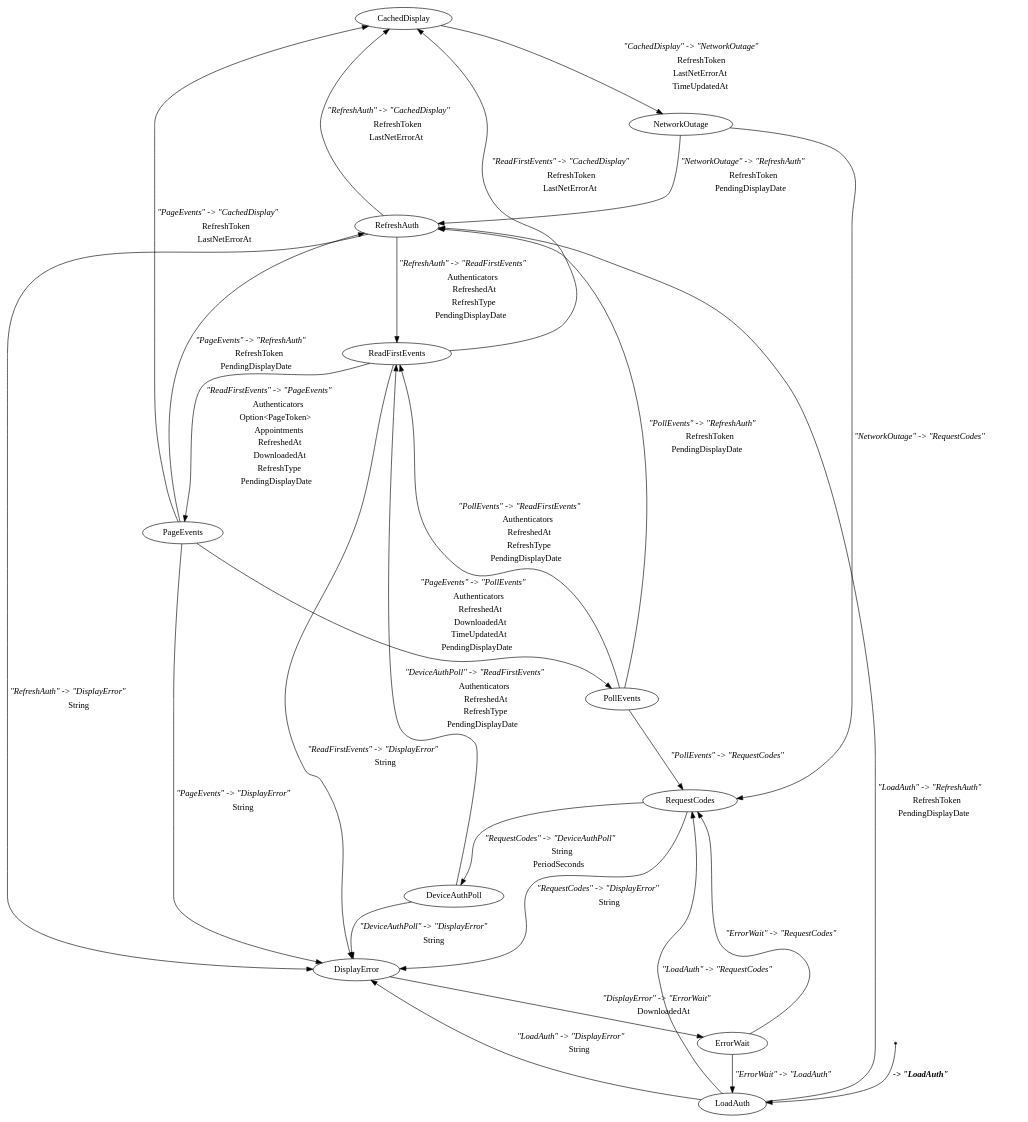
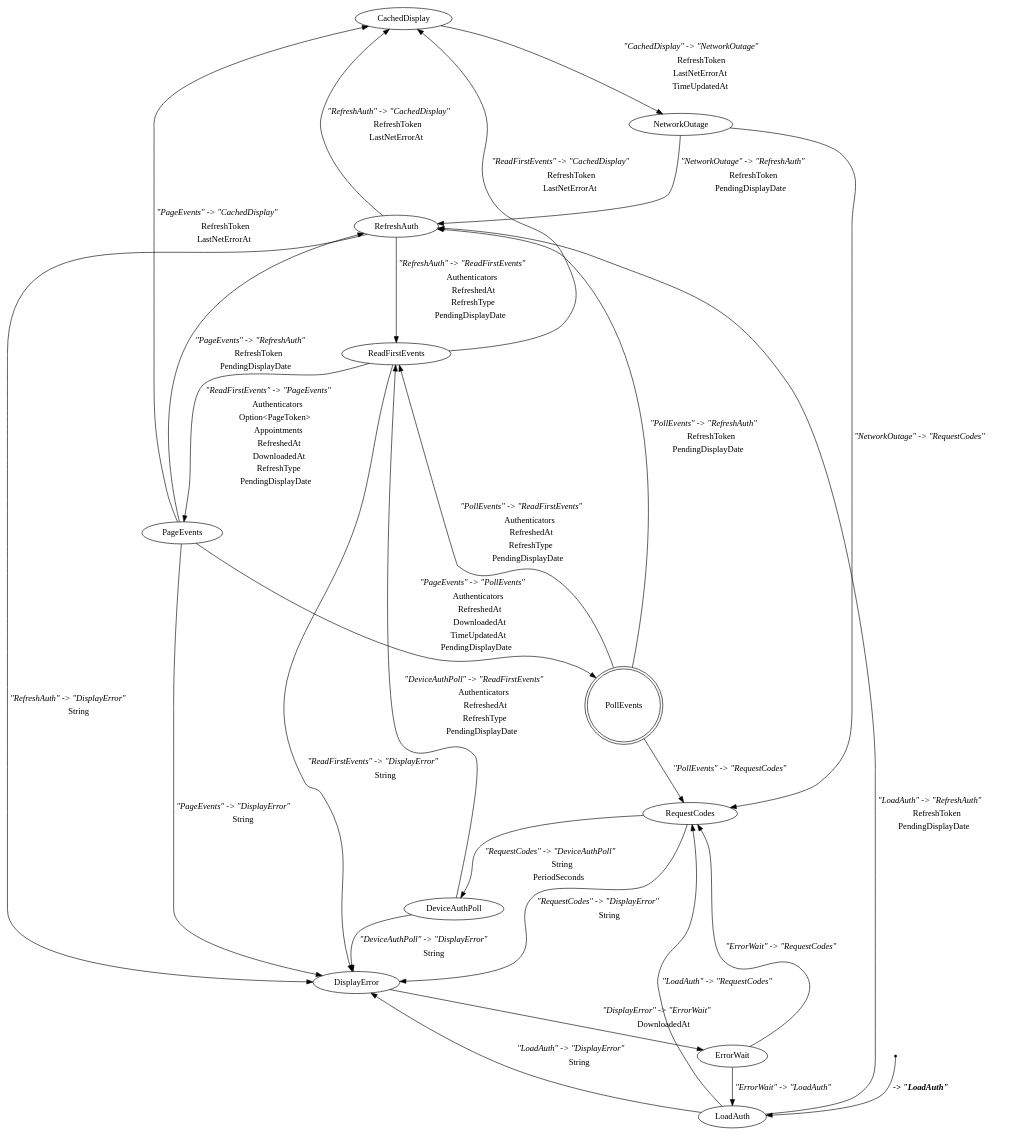
One commit to kieranjwhite/calendar_mirror changed the diagram in docs/cal_machine.dot. Above: the diagram before and after it, drawn with Graphviz. The commit also changed 13 other files, not shown here.

```diff
--- a/docs/cal_machine.dot
+++ b/docs/cal_machine.dot
@@ -1,41 +1,41 @@
 digraph cal_stm {
     CachedDisplay[label="CachedDisplay"][shape="ellipse"];
     DeviceAuthPoll[label="DeviceAuthPoll"][shape="ellipse"];
     DisplayError[label="DisplayError"][shape="ellipse"];
     ErrorWait[label="ErrorWait"][shape="ellipse"];
     LoadAuth[label="LoadAuth"][shape="ellipse"];
     NetworkOutage[label="NetworkOutage"][shape="ellipse"];
     PageEvents[label="PageEvents"][shape="ellipse"];
-    PollEvents[label="PollEvents"][shape="ellipse"];
+    PollEvents[label="PollEvents"][shape="doublecircle"];
     ReadFirstEvents[label="ReadFirstEvents"][shape="ellipse"];
     RefreshAuth[label="RefreshAuth"][shape="ellipse"];
     RequestCodes[label="RequestCodes"][shape="ellipse"];
     _start[label="_start"][shape="point"];
     _start -> LoadAuth[label=<<TABLE BORDER="0"><TR><TD><B><I> -&gt; "LoadAuth"</I></B></TD></TR></TABLE>>];
     ErrorWait -> LoadAuth[label=<<TABLE BORDER="0"><TR><TD><I>"ErrorWait" -&gt; "LoadAuth"</I></TD></TR></TABLE>>];
     DisplayError -> ErrorWait[label=<<TABLE BORDER="0"><TR><TD><I>"DisplayError" -&gt; "ErrorWait"</I></TD></TR><TR><TD>DownloadedAt</TD></TR></TABLE>>];
     ErrorWait -> RequestCodes[label=<<TABLE BORDER="0"><TR><TD><I>"ErrorWait" -&gt; "RequestCodes"</I></TD></TR></TABLE>>];
     LoadAuth -> RequestCodes[label=<<TABLE BORDER="0"><TR><TD><I>"LoadAuth" -&gt; "RequestCodes"</I></TD></TR></TABLE>>];
     NetworkOutage -> RequestCodes[label=<<TABLE BORDER="0"><TR><TD><I>"NetworkOutage" -&gt; "RequestCodes"</I></TD></TR></TABLE>>];
     PollEvents -> RequestCodes[label=<<TABLE BORDER="0"><TR><TD><I>"PollEvents" -&gt; "RequestCodes"</I></TD></TR></TABLE>>];
     LoadAuth -> RefreshAuth[label=<<TABLE BORDER="0"><TR><TD><I>"LoadAuth" -&gt; "RefreshAuth"</I></TD></TR><TR><TD>RefreshToken</TD></TR><TR><TD>PendingDisplayDate</TD></TR></TABLE>>];
     NetworkOutage -> RefreshAuth[label=<<TABLE BORDER="0"><TR><TD><I>"NetworkOutage" -&gt; "RefreshAuth"</I></TD></TR><TR><TD>RefreshToken</TD></TR><TR><TD>PendingDisplayDate</TD></TR></TABLE>>];
     PageEvents -> RefreshAuth[label=<<TABLE BORDER="0"><TR><TD><I>"PageEvents" -&gt; "RefreshAuth"</I></TD></TR><TR><TD>RefreshToken</TD></TR><TR><TD>PendingDisplayDate</TD></TR></TABLE>>];
     PollEvents -> RefreshAuth[label=<<TABLE BORDER="0"><TR><TD><I>"PollEvents" -&gt; "RefreshAuth"</I></TD></TR><TR><TD>RefreshToken</TD></TR><TR><TD>PendingDisplayDate</TD></TR></TABLE>>];
     DeviceAuthPoll -> ReadFirstEvents[label=<<TABLE BORDER="0"><TR><TD><I>"DeviceAuthPoll" -&gt; "ReadFirstEvents"</I></TD></TR><TR><TD>Authenticators</TD></TR><TR><TD>RefreshedAt</TD></TR><TR><TD>RefreshType</TD></TR><TR><TD>PendingDisplayDate</TD></TR></TABLE>>];
     RefreshAuth -> ReadFirstEvents[label=<<TABLE BORDER="0"><TR><TD><I>"RefreshAuth" -&gt; "ReadFirstEvents"</I></TD></TR><TR><TD>Authenticators</TD></TR><TR><TD>RefreshedAt</TD></TR><TR><TD>RefreshType</TD></TR><TR><TD>PendingDisplayDate</TD></TR></TABLE>>];
     PollEvents -> ReadFirstEvents[label=<<TABLE BORDER="0"><TR><TD><I>"PollEvents" -&gt; "ReadFirstEvents"</I></TD></TR><TR><TD>Authenticators</TD></TR><TR><TD>RefreshedAt</TD></TR><TR><TD>RefreshType</TD></TR><TR><TD>PendingDisplayDate</TD></TR></TABLE>>];
     RequestCodes -> DeviceAuthPoll[label=<<TABLE BORDER="0"><TR><TD><I>"RequestCodes" -&gt; "DeviceAuthPoll"</I></TD></TR><TR><TD>String</TD></TR><TR><TD>PeriodSeconds</TD></TR></TABLE>>];
     LoadAuth -> DisplayError[label=<<TABLE BORDER="0"><TR><TD><I>"LoadAuth" -&gt; "DisplayError"</I></TD></TR><TR><TD>String</TD></TR></TABLE>>];
     PageEvents -> DisplayError[label=<<TABLE BORDER="0"><TR><TD><I>"PageEvents" -&gt; "DisplayError"</I></TD></TR><TR><TD>String</TD></TR></TABLE>>];
     DeviceAuthPoll -> DisplayError[label=<<TABLE BORDER="0"><TR><TD><I>"DeviceAuthPoll" -&gt; "DisplayError"</I></TD></TR><TR><TD>String</TD></TR></TABLE>>];
     ReadFirstEvents -> DisplayError[label=<<TABLE BORDER="0"><TR><TD><I>"ReadFirstEvents" -&gt; "DisplayError"</I></TD></TR><TR><TD>String</TD></TR></TABLE>>];
     RefreshAuth -> DisplayError[label=<<TABLE BORDER="0"><TR><TD><I>"RefreshAuth" -&gt; "DisplayError"</I></TD></TR><TR><TD>String</TD></TR></TABLE>>];
     RequestCodes -> DisplayError[label=<<TABLE BORDER="0"><TR><TD><I>"RequestCodes" -&gt; "DisplayError"</I></TD></TR><TR><TD>String</TD></TR></TABLE>>];
     ReadFirstEvents -> PageEvents[label=<<TABLE BORDER="0"><TR><TD><I>"ReadFirstEvents" -&gt; "PageEvents"</I></TD></TR><TR><TD>Authenticators</TD></TR><TR><TD>Option&lt;PageToken&gt;</TD></TR><TR><TD>Appointments</TD></TR><TR><TD>RefreshedAt</TD></TR><TR><TD>DownloadedAt</TD></TR><TR><TD>RefreshType</TD></TR><TR><TD>PendingDisplayDate</TD></TR></TABLE>>];
     PageEvents -> PollEvents[label=<<TABLE BORDER="0"><TR><TD><I>"PageEvents" -&gt; "PollEvents"</I></TD></TR><TR><TD>Authenticators</TD></TR><TR><TD>RefreshedAt</TD></TR><TR><TD>DownloadedAt</TD></TR><TR><TD>TimeUpdatedAt</TD></TR><TR><TD>PendingDisplayDate</TD></TR></TABLE>>];
     RefreshAuth -> CachedDisplay[label=<<TABLE BORDER="0"><TR><TD><I>"RefreshAuth" -&gt; "CachedDisplay"</I></TD></TR><TR><TD>RefreshToken</TD></TR><TR><TD>LastNetErrorAt</TD></TR></TABLE>>];
     ReadFirstEvents -> CachedDisplay[label=<<TABLE BORDER="0"><TR><TD><I>"ReadFirstEvents" -&gt; "CachedDisplay"</I></TD></TR><TR><TD>RefreshToken</TD></TR><TR><TD>LastNetErrorAt</TD></TR></TABLE>>];
     PageEvents -> CachedDisplay[label=<<TABLE BORDER="0"><TR><TD><I>"PageEvents" -&gt; "CachedDisplay"</I></TD></TR><TR><TD>RefreshToken</TD></TR><TR><TD>LastNetErrorAt</TD></TR></TABLE>>];
     CachedDisplay -> NetworkOutage[label=<<TABLE BORDER="0"><TR><TD><I>"CachedDisplay" -&gt; "NetworkOutage"</I></TD></TR><TR><TD>RefreshToken</TD></TR><TR><TD>LastNetErrorAt</TD></TR><TR><TD>TimeUpdatedAt</TD></TR></TABLE>>];
 }
```
